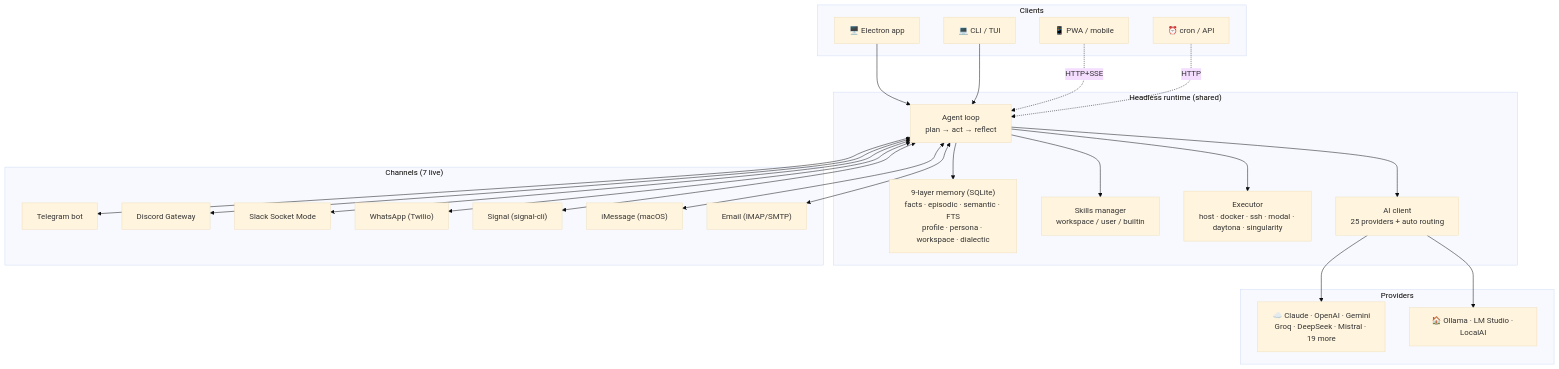
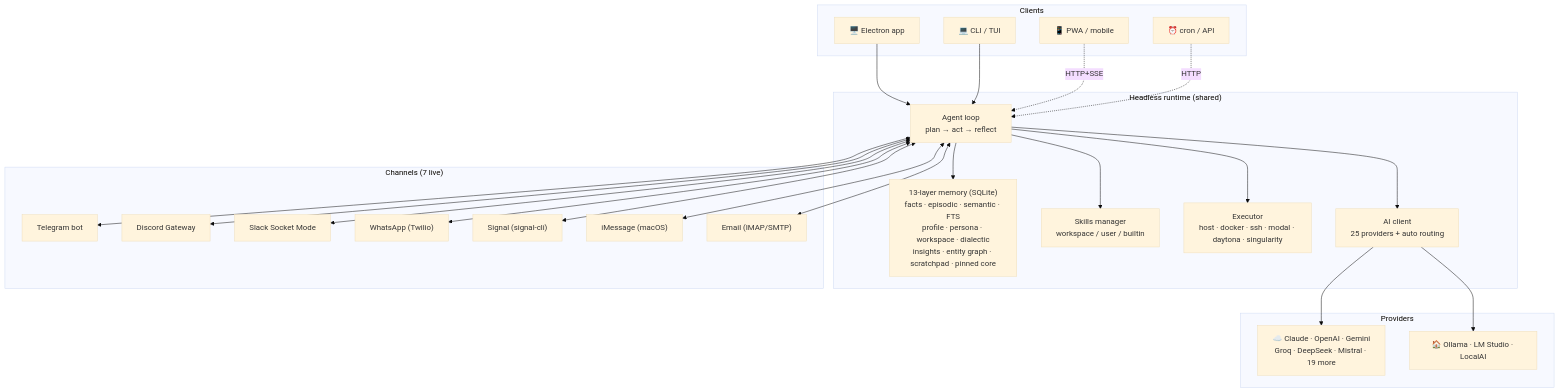
The diagram in README.md (ErnestKostevich/horizon-genesis), drawn with Mermaid (base theme) before and after one commit. The commit also changed other lines of this file and 1 other file, not shown here.

Commit message:
docs: README + competitive-analysis 9→13 layer memory + Hermes/OpenClaw memory table (v0.0.3)

````diff
--- a/README.md
+++ b/README.md
@@ -283,53 +287,53 @@
 ```mermaid
 graph TB
     subgraph "Clients"
         Desktop["🖥️ Electron app"]
         CLI["💻 CLI / TUI"]
         Mobile["📱 PWA / mobile"]
         Cron["⏰ cron / API"]
     end
 
     subgraph "Headless runtime (shared)"
         Agent["Agent loop<br/>plan → act → reflect"]
-        Memory["9-layer memory (SQLite)<br/>facts · episodic · semantic · FTS<br/>profile · persona · workspace · dialectic"]
+        Memory["13-layer memory (SQLite)<br/>facts · episodic · semantic · FTS<br/>profile · persona · workspace · dialectic<br/>insights · entity graph · scratchpad · pinned core"]
         Skills["Skills manager<br/>workspace / user / builtin"]
         Executor["Executor<br/>host · docker · ssh · modal · daytona · singularity"]
         AI["AI client<br/>25 providers + auto routing"]
     end
 
     subgraph "Channels (7 live)"
         TG["Telegram bot"]
         Discord["Discord Gateway"]
         Slack["Slack Socket Mode"]
         WhatsApp["WhatsApp (Twilio)"]
         Signal["Signal (signal-cli)"]
         iMessage["iMessage (macOS)"]
         Email["Email (IMAP/SMTP)"]
     end
 
     subgraph "Providers"
         Cloud["☁️ Claude · OpenAI · Gemini<br/>Groq · DeepSeek · Mistral · 19 more"]
         Local["🏠 Ollama · LM Studio · LocalAI"]
     end
 
     Desktop --> Agent
     CLI --> Agent
     Mobile -.HTTP+SSE.-> Agent
     Cron -.HTTP.-> Agent
 
     Agent --> Memory
     Agent --> Skills
     Agent --> Executor
     Agent --> AI
 
     Agent <--> TG
     Agent <--> Discord
     Agent <--> Slack
     Agent <--> WhatsApp
     Agent <--> Signal
     Agent <--> iMessage
     Agent <--> Email
 
     AI --> Cloud
     AI --> Local
 ```
````
